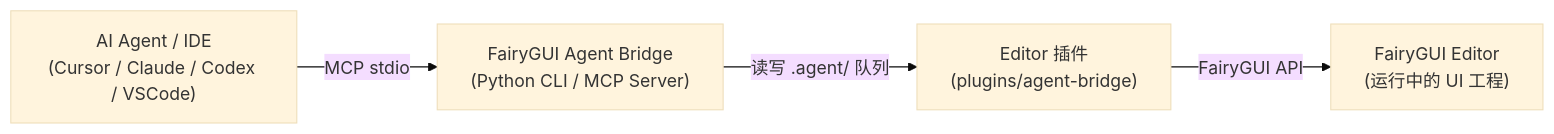
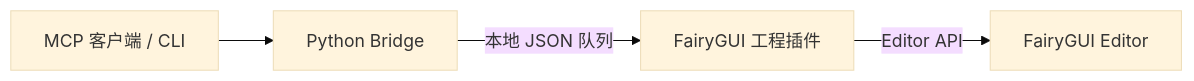
Before and after one commit to Wilson520403/fgui-agent-bridge: the diagram in README.md, drawn with Mermaid (base theme). The commit also changed other lines of this file and 20 other files, not shown here.

````diff
--- a/README.md
+++ b/README.md
@@ -31,7 +188,6 @@
 ```mermaid
 graph LR
-    Agent["AI Agent / IDE<br>(Cursor / Claude / Codex / VSCode)"]
-    -->|MCP stdio| Bridge["FairyGUI Agent Bridge<br>(Python CLI / MCP Server)"]
-    Bridge -->|读写 .agent/ 队列| Plugin["Editor 插件<br>(plugins/agent-bridge)"]
-    Plugin -->|FairyGUI API| Editor["FairyGUI Editor<br>(运行中的 UI 工程)"]
+    Client["MCP 客户端 / CLI"] --> Bridge["Python Bridge"]
+    Bridge -->|本地 JSON 队列| Plugin["FairyGUI 工程插件"]
+    Plugin -->|Editor API| Editor["FairyGUI Editor"]
 ```
````
